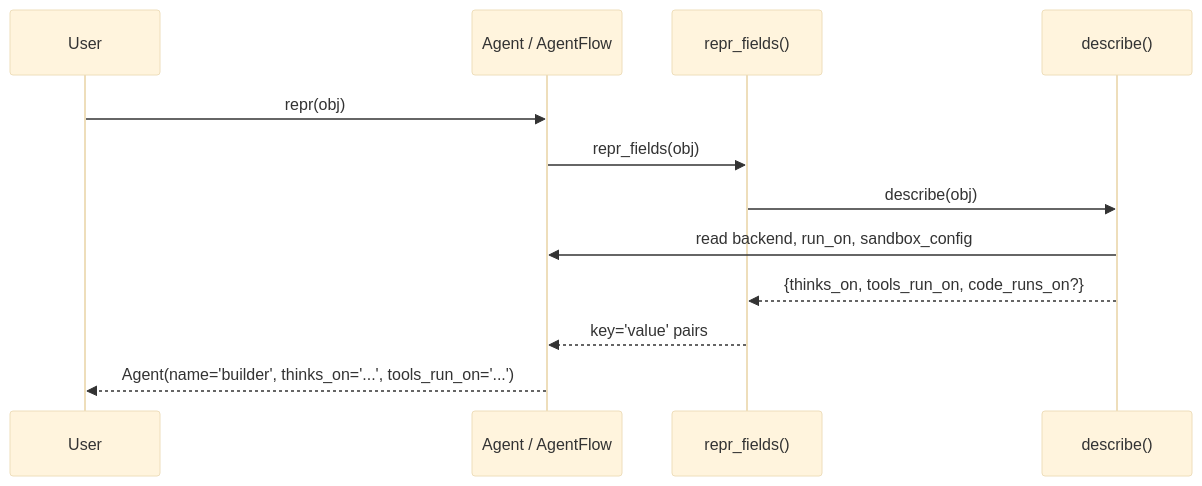
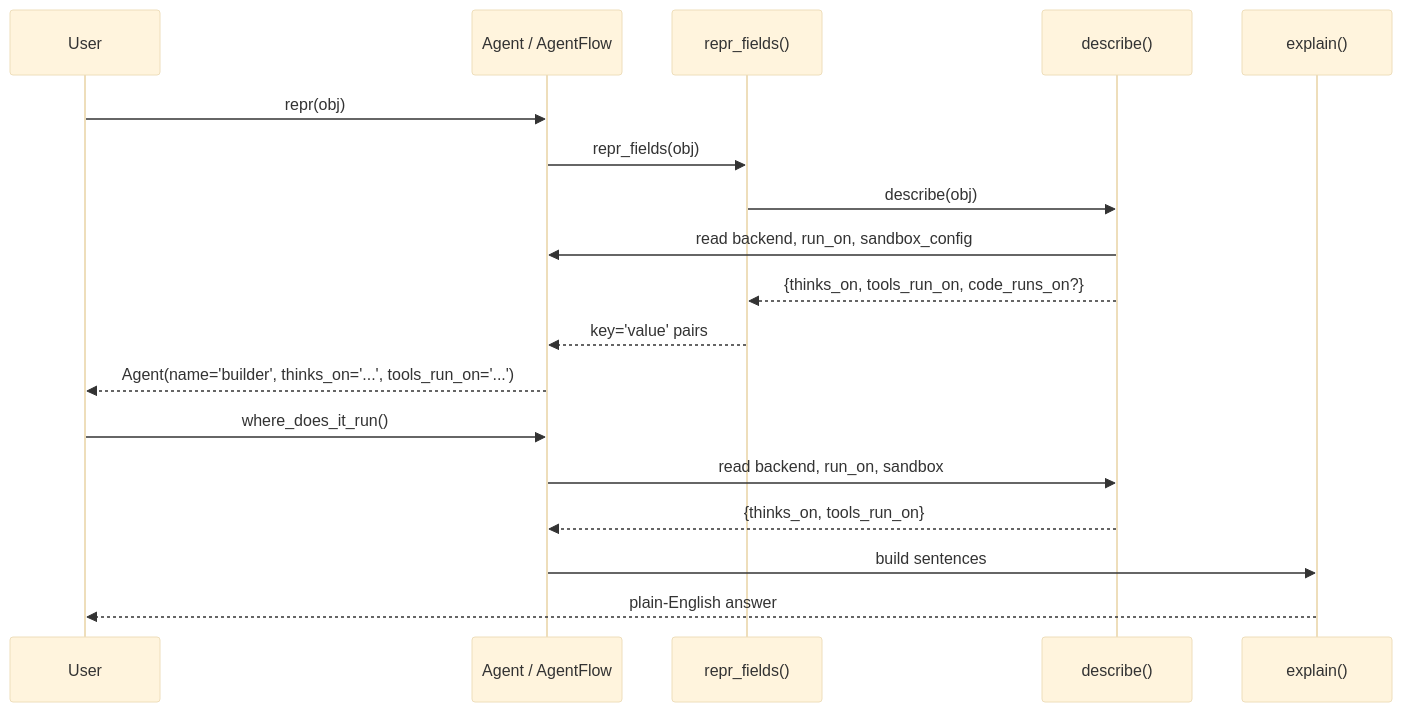
One commit to MervinPraison/PraisonAIDocs changed the second of 2 diagrams in docs/features/where-does-it-run.mdx. Above: the diagram before and after it, drawn with Mermaid (base theme). The commit also changed other lines of this file and 8 other files, not shown here.

First line of the commit message:
docs: add "Where Does It Run" page for self-describing execution API (fixes #2980)

````diff
--- a/docs/features/where-does-it-run.mdx
+++ b/docs/features/where-does-it-run.mdx
@@ -125,15 +153,22 @@
 ```mermaid
 sequenceDiagram
     participant User
     participant Object as Agent / AgentFlow
     participant Fields as repr_fields()
     participant Describe as describe()
+    participant Explain as explain()
 
     User->>Object: repr(obj)
     Object->>Fields: repr_fields(obj)
     Fields->>Describe: describe(obj)
     Describe->>Object: read backend, run_on, sandbox_config
     Describe-->>Fields: {thinks_on, tools_run_on, code_runs_on?}
     Fields-->>Object: key='value' pairs
     Object-->>User: Agent(name='builder', thinks_on='...', tools_run_on='...')
+
+    User->>Object: where_does_it_run()
+    Object->>Describe: read backend, run_on, sandbox
+    Describe-->>Object: {thinks_on, tools_run_on}
+    Object->>Explain: build sentences
+    Explain-->>User: plain-English answer
 ```
````
